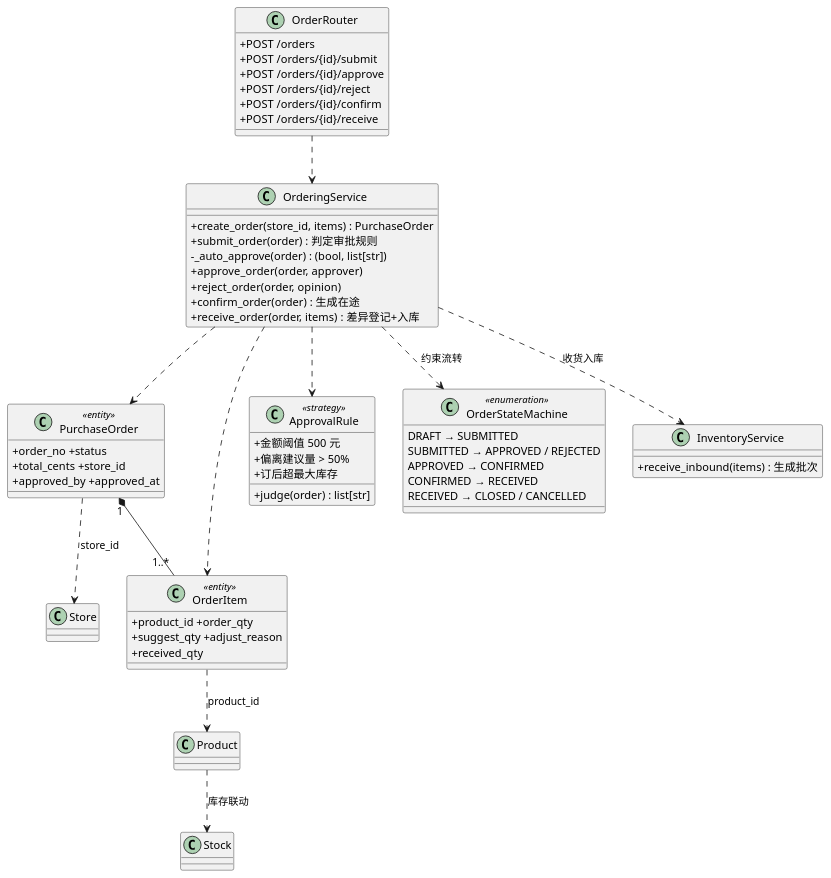
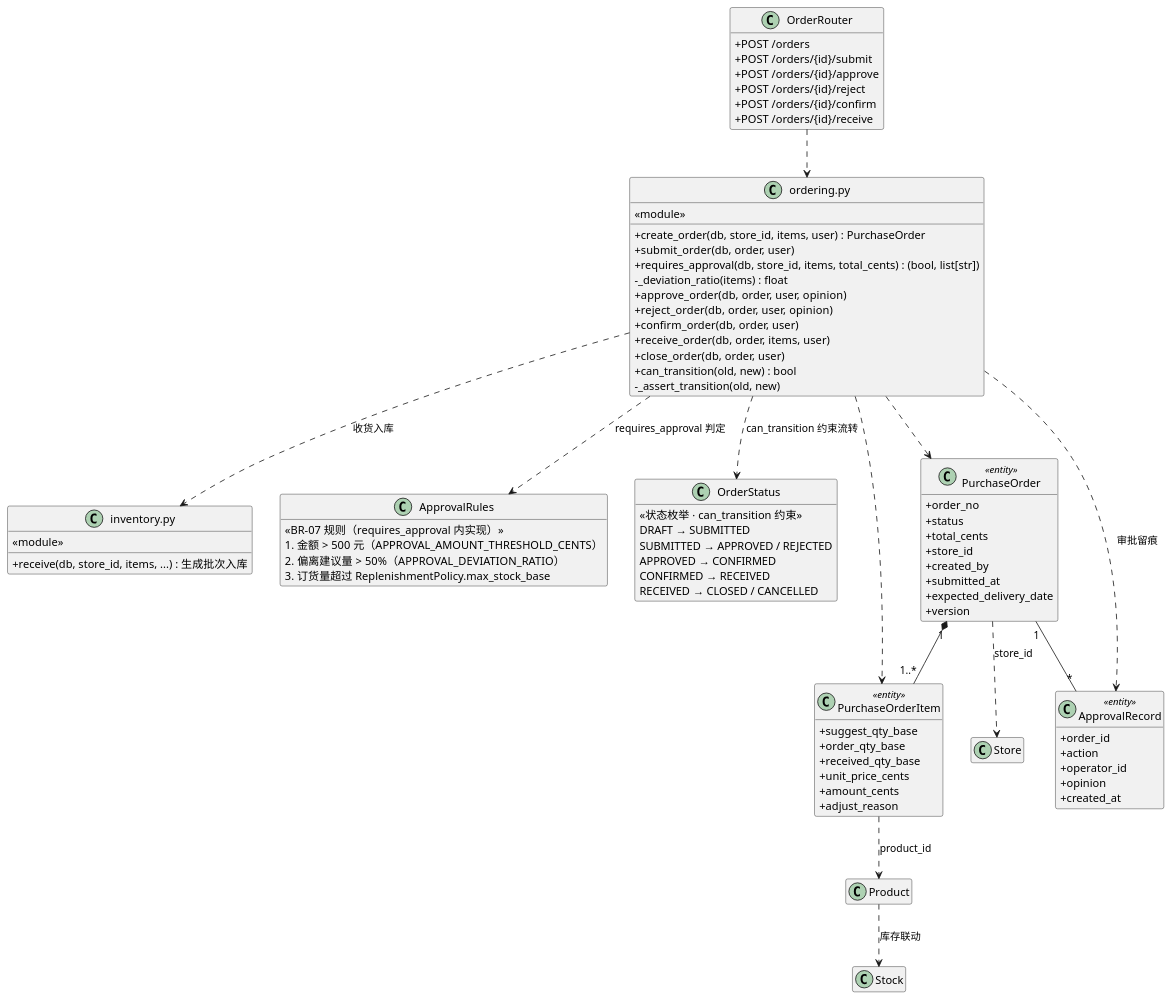
Before and after one commit to chenpingan6158-a11y/intelligent-replenishment-system: the diagram in docs/uml/09-类图-订货审批用例.puml, drawn with PlantUML. The commit also changed 18 other files, not shown here.

Commit message:
图码一致性修正：ER图改为从模型元数据自动生成(22表)；类图/顺序图改用真实函数名；报告同步更新

```diff
--- a/docs/uml/09-类图-订货审批用例.puml
+++ b/docs/uml/09-类图-订货审批用例.puml
@@ -1,61 +1,86 @@
 @startuml
 skinparam backgroundColor #FFFFFF
 skinparam classAttributeIconSize 0
+hide empty members
 class OrderRouter {
   +POST /orders
   +POST /orders/{id}/submit
   +POST /orders/{id}/approve
   +POST /orders/{id}/reject
   +POST /orders/{id}/confirm
   +POST /orders/{id}/receive
 }
-class OrderingService {
-  +create_order(store_id, items) : PurchaseOrder
-  +submit_order(order) : 判定审批规则
-  -_auto_approve(order) : (bool, list[str])
-  +approve_order(order, approver)
-  +reject_order(order, opinion)
-  +confirm_order(order) : 生成在途
-  +receive_order(order, items) : 差异登记+入库
+class "ordering.py" as OrderingModule {
+  <<module>>
+  +create_order(db, store_id, items, user) : PurchaseOrder
+  +submit_order(db, order, user)
+  +requires_approval(db, store_id, items, total_cents) : (bool, list[str])
+  -_deviation_ratio(items) : float
+  +approve_order(db, order, user, opinion)
+  +reject_order(db, order, user, opinion)
+  +confirm_order(db, order, user)
+  +receive_order(db, order, items, user)
+  +close_order(db, order, user)
+  +can_transition(old, new) : bool
+  -_assert_transition(old, new)
 }
-class "PurchaseOrder" as PO <<entity>> {
-  +order_no +status
-  +total_cents +store_id
-  +approved_by +approved_at
+class "inventory.py" as InventoryModule {
+  <<module>>
+  +receive(db, store_id, items, ...) : 生成批次入库
 }
-class "OrderItem" as OI <<entity>> {
-  +product_id +order_qty
-  +suggest_qty +adjust_reason
-  +received_qty
+class ApprovalRules {
+  <<BR-07 规则（requires_approval 内实现）>>
+  1. 金额 > 500 元（APPROVAL_AMOUNT_THRESHOLD_CENTS）
+  2. 偏离建议量 > 50%（APPROVAL_DEVIATION_RATIO）
+  3. 订货量超过 ReplenishmentPolicy.max_stock_base
 }
-class ApprovalRule <<strategy>> {
-  +金额阈值 500 元
-  +偏离建议量 > 50%
-  +订后超最大库存
-  +judge(order) : list[str]
-}
-class OrderStateMachine <<enumeration>> {
+class OrderStatus {
+  <<状态枚举 · can_transition 约束>>
   DRAFT → SUBMITTED
   SUBMITTED → APPROVED / REJECTED
   APPROVED → CONFIRMED
   CONFIRMED → RECEIVED
   RECEIVED → CLOSED / CANCELLED
 }
-class InventoryService {
-  +receive_inbound(items) : 生成批次
+class "PurchaseOrder" as PO <<entity>> {
+  +order_no
+  +status
+  +total_cents
+  +store_id
+  +created_by
+  +submitted_at
+  +expected_delivery_date
+  +version
+}
+class "PurchaseOrderItem" as OI <<entity>> {
+  +suggest_qty_base
+  +order_qty_base
+  +received_qty_base
+  +unit_price_cents
+  +amount_cents
+  +adjust_reason
+}
+class ApprovalRecord <<entity>> {
+  +order_id
+  +action
+  +operator_id
+  +opinion
+  +created_at
 }
 class "Store" as ST
 class "Product" as P
 class "Stock" as SK
 
-OrderRouter ..> OrderingService
-OrderingService ..> PO
-OrderingService ..> OI
-OrderingService ..> ApprovalRule
-OrderingService ..> OrderStateMachine : 约束流转
-OrderingService ..> InventoryService : 收货入库
+OrderRouter ..> OrderingModule
+OrderingModule ..> PO
+OrderingModule ..> OI
+OrderingModule ..> ApprovalRules : requires_approval 判定
+OrderingModule ..> OrderStatus : can_transition 约束流转
+OrderingModule ..> ApprovalRecord : 审批留痕
+OrderingModule ..> InventoryModule : 收货入库
 PO "1" *-- "1..*" OI
+PO "1" -- "*" ApprovalRecord
 PO ..> ST : store_id
 OI ..> P : product_id
 P ..> SK : 库存联动
 @enduml
```
